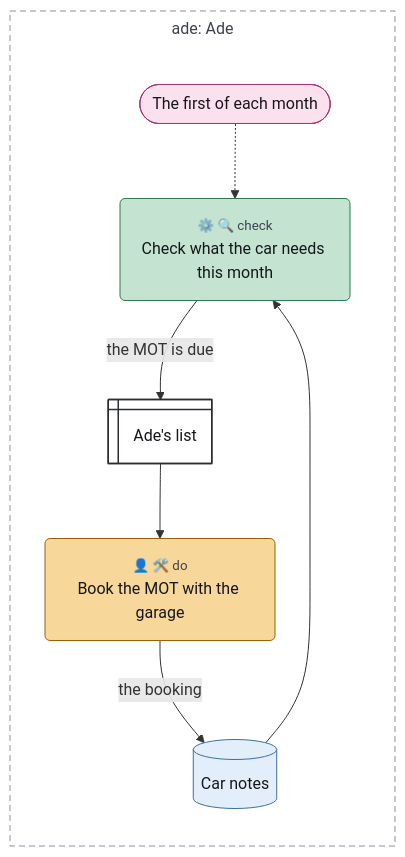
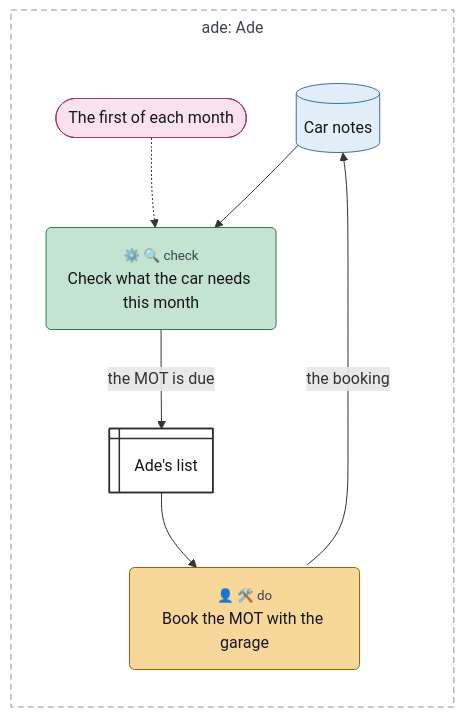
Before and after one commit to chrismdp/awml: the diagram in examples/tour/07-person-step.mmd, drawn with Mermaid. The commit also changed 49 other files, not shown here.

```diff
--- a/examples/tour/07-person-step.mmd
+++ b/examples/tour/07-person-step.mmd
@@ -1,40 +1,41 @@
 ---
 config:
   theme: default
   flowchart:
     useMaxWidth: false
     subGraphTitleMargin:
       top: 6
       bottom: 30
 ---
 flowchart TB
-  subgraph ade["ade: Ade"]
+  subgraph ade["ade#58; Ade"]
     direction TB
     monthly(["The first of each month"])
     car_notes[("Car notes")]
-    due("<small style='color:#3d434f'>⚙️ 🔍 check</small><br>Check what the car needs this month")
-    list@{ shape: win-pane, label: "Ade's list" }
-    book("<small style='color:#3d434f'>👤 🛠️ do</small><br>Book the MOT with the garage")
+    due("<small style='color:rgb(61,67,79)'>⚙️ 🔍 check</small><br>Check what the car needs this month")
+    list@{ shape: win-pane, label: "Ade#39;s list" }
+    book("<small style='color:rgb(61,67,79)'>👤 🛠️ do</small><br>Book the MOT with the garage")
   end
 
   monthly -.-> due
   car_notes --> due
   due -->|"the MOT is due"| list
   list --> book
-  book -->|"the booking"| car_notes
+  car_notes <-->|"the booking"| book
   classDef trig fill:#fbe1ee,stroke:#a33a74,color:#16171b
   classDef ctx fill:#e2eef9,stroke:#3d6fa3,color:#16171b
   classDef con fill:#eceef2,stroke:#5d6472,color:#16171b
   classDef surf fill:#ffffff,stroke:#2a2d35,stroke-width:1.5px,color:#16171b
   classDef out fill:#fde4dc,stroke:#b5532f,color:#16171b
   classDef ai fill:#cdd3fb,stroke:#3b4bb0,color:#16171b
   classDef code fill:#c4e3d1,stroke:#2b7a4f,color:#16171b
   classDef person fill:#f7d79a,stroke:#9a6100,color:#16171b
   classDef uml fill:#16171b,stroke:#16171b,color:#16171b
   classDef gap fill:#ffffff,stroke:#8a93a3,stroke-dasharray:4 3,color:#6b7280
   class monthly trig
   class car_notes ctx
   class list surf
   class due code
   class book person
   style ade fill:transparent,stroke:#8a93a3,stroke-dasharray:6 4,color:#3d434f
+  linkStyle 4 marker-end:none
```
